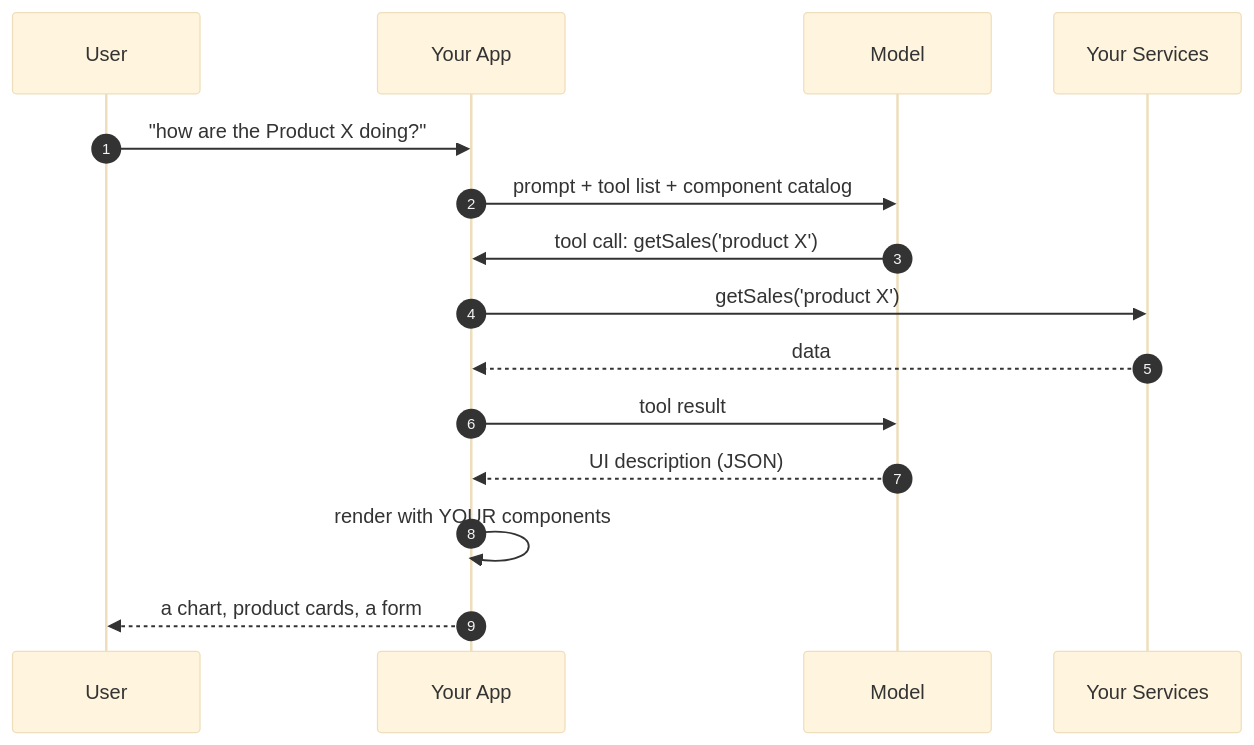
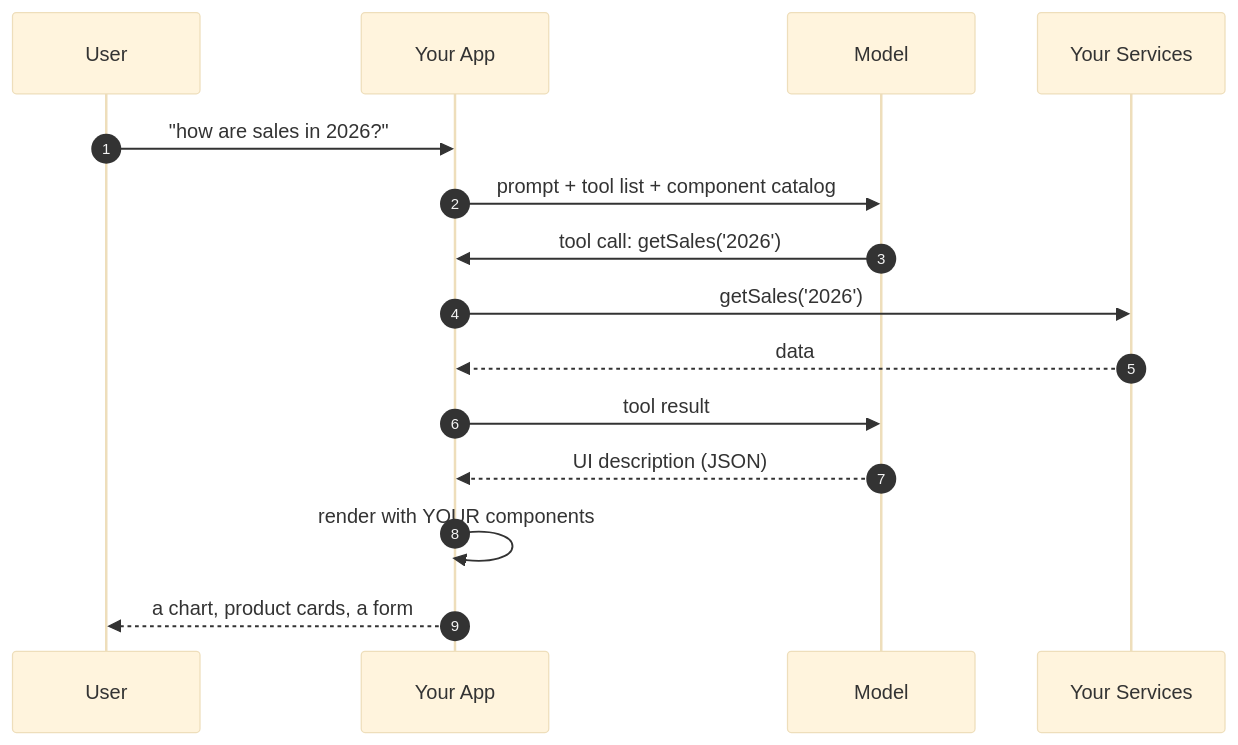
The first of 3 diagrams in decks/04-generative-ui.md (fb-talks/generative-ui), drawn with Mermaid (base theme) before and after one commit. The commit also changed other lines of this file and 5 other files, not shown here.

````diff
--- a/decks/04-generative-ui.md
+++ b/decks/04-generative-ui.md
@@ -56,18 +76,18 @@
 ```mermaid
 sequenceDiagram
     autonumber
     participant U as User
     participant A as Your App
     participant M as Model
     participant S as Your Services
 
-    U->>A: "how are the Product X doing?"
+    U->>A: "how are sales in 2026?"
     A->>M: prompt + tool list + component catalog
-    M->>A: tool call: getSales('product X')
-    A->>S: getSales('product X')
+    M->>A: tool call: getSales('2026')
+    A->>S: getSales('2026')
     S-->>A: data
     A->>M: tool result
     M-->>A: UI description (JSON)
     A->>A: render with YOUR components
     A-->>U: a chart, product cards, a form
 ```
````
